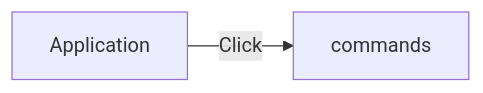
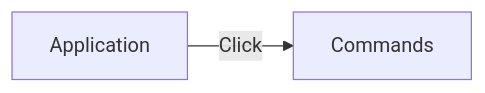
One commit to hlop3z/fastberry changed the third of 3 diagrams in docs/docs/applications.md. Above: the diagram before and after it, drawn with Mermaid. The commit also changed other lines of this file and 28 other files, not shown here.

````diff
--- a/docs/docs/applications.md
+++ b/docs/docs/applications.md
@@ -71,4 +71,4 @@
     ``` mermaid
     graph LR;
-        A[Application] --> |Click| B[commands];
+        A[Application] --> |Click| B[Commands];
     ```
````
